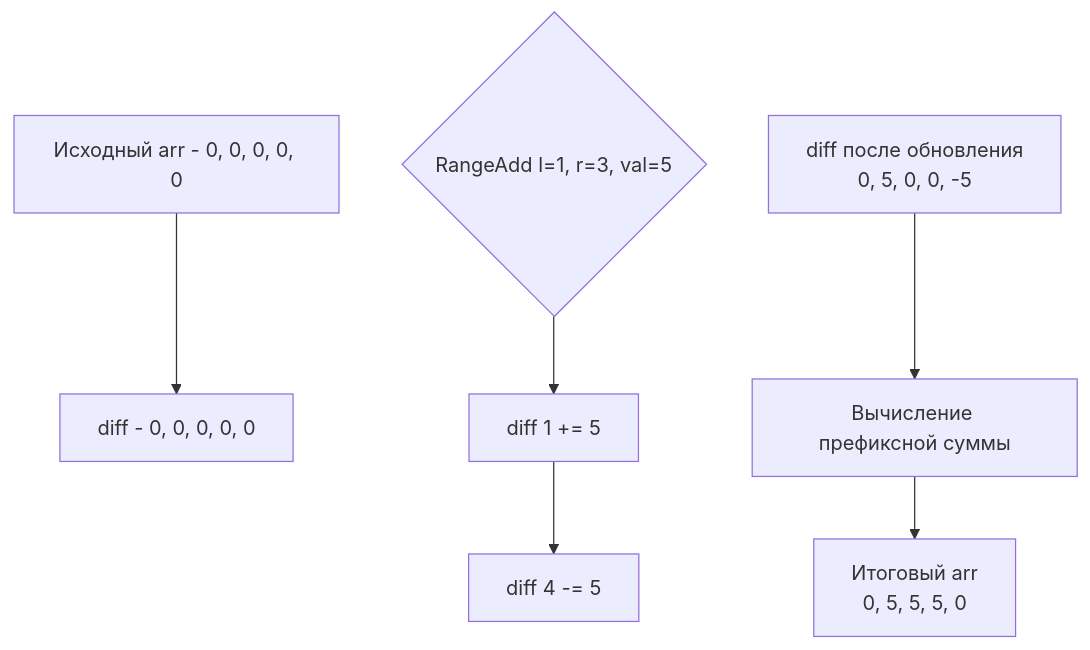
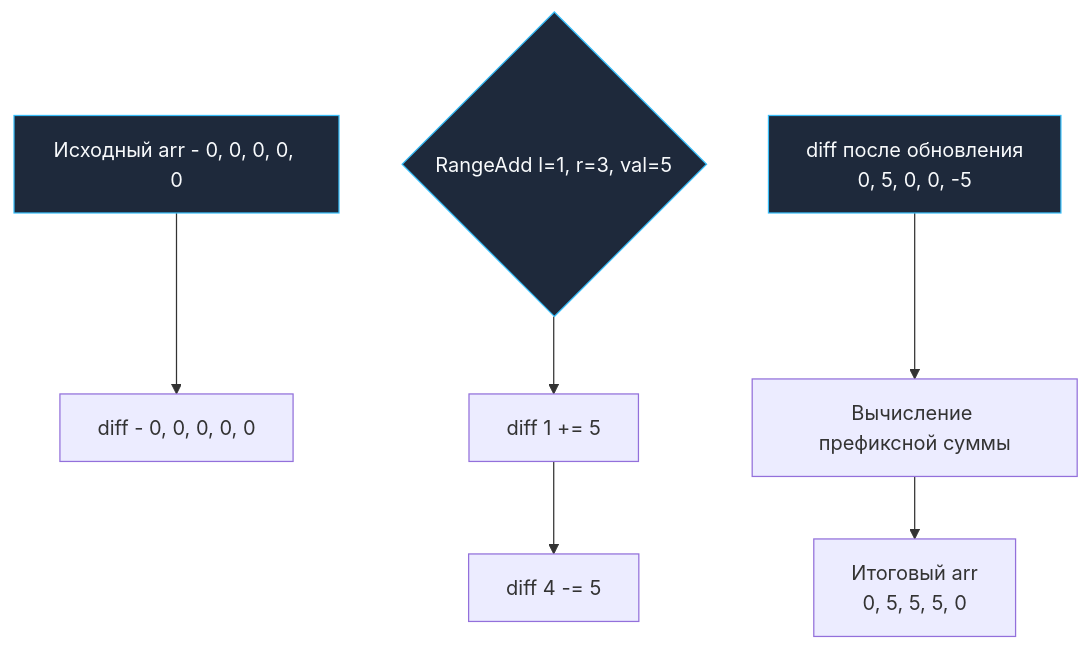
One commit to UnrealTemplier/go-textbook changed the diagram in sources/21. Задачи с LeetCode и собеседований на Go/02. Задачи/04. Префиксные суммы/2. Разностные массивы.md. Above: the diagram before and after it, drawn with Mermaid. The commit also changed 1666 other files, not shown here.

First line of the commit message:
feat(mermaid): add semantic color classDef to 1369 colorless flowchart/graph diagrams

````diff
--- a/sources/21. Задачи с LeetCode и собеседований на Go/02. Задачи/04. Префиксные суммы/2. Разностные массивы.md
+++ b/sources/21. Задачи с LeetCode и собеседований на Go/02. Задачи/04. Префиксные суммы/2. Разностные массивы.md
@@ -71,11 +71,21 @@
 ```mermaid
 flowchart TD
-    A["Исходный arr - 0, 0, 0, 0, 0"] --> B["diff - 0, 0, 0, 0, 0"]
+    classDef process  fill:#1e293b,stroke:#38bdf8,stroke-width:1px,color:#f8fafc
+    classDef success  fill:#064e3b,stroke:#34d399,stroke-width:1px,color:#f8fafc
+    classDef error    fill:#7f1d1d,stroke:#f87171,stroke-width:1px,color:#f8fafc
+    classDef warning  fill:#78350f,stroke:#fbbf24,stroke-width:1px,color:#f8fafc
+    classDef entry    fill:#1e3a5f,stroke:#38bdf8,stroke-width:2px,color:#f8fafc
+    classDef aux      fill:#334155,stroke:#64748b,stroke-width:1px,color:#f8fafc
+    classDef system   fill:#312e81,stroke:#a78bfa,stroke-width:1px,color:#f8fafc
+    classDef data     fill:#132d29,stroke:#2dd4bf,stroke-width:1px,color:#f8fafc
+    classDef network  fill:#881337,stroke:#fb7185,stroke-width:1px,color:#f8fafc
+    classDef accent   fill:#1e1b4b,stroke:#818cf8,stroke-width:1px,color:#f8fafc
+    A["Исходный arr - 0, 0, 0, 0, 0"]:::process --> B["diff - 0, 0, 0, 0, 0"]
     
-    C{"RangeAdd l=1, r=3, val=5"} --> D["diff 1 += 5"]
+    C{"RangeAdd l=1, r=3, val=5"}:::process --> D["diff 1 += 5"]
     D --> E["diff 4 -= 5"]
     
-    F["diff после обновления<br>0, 5, 0, 0, -5"] --> G["Вычисление префиксной суммы"]
+    F["diff после обновления<br>0, 5, 0, 0, -5"]:::process --> G["Вычисление префиксной суммы"]
     
     G --> H["Итоговый arr<br>0, 5, 5, 5, 0"]
 ```
````
